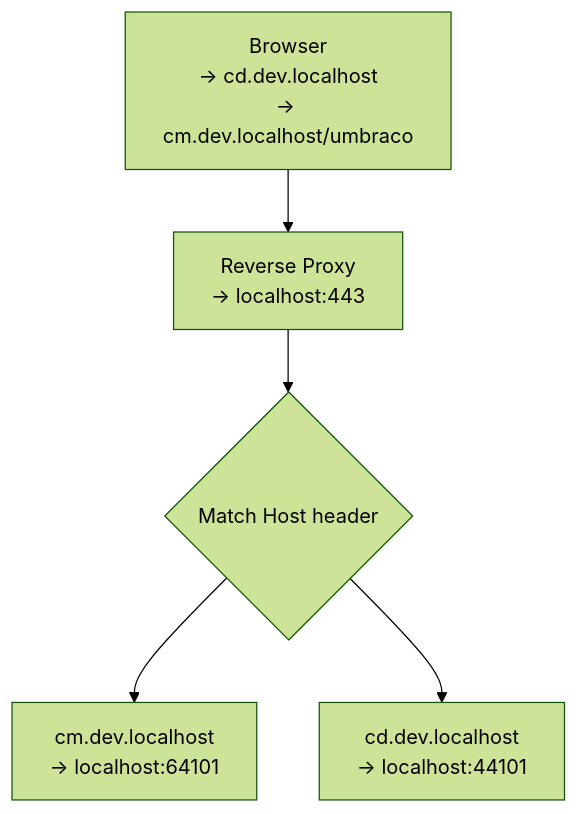
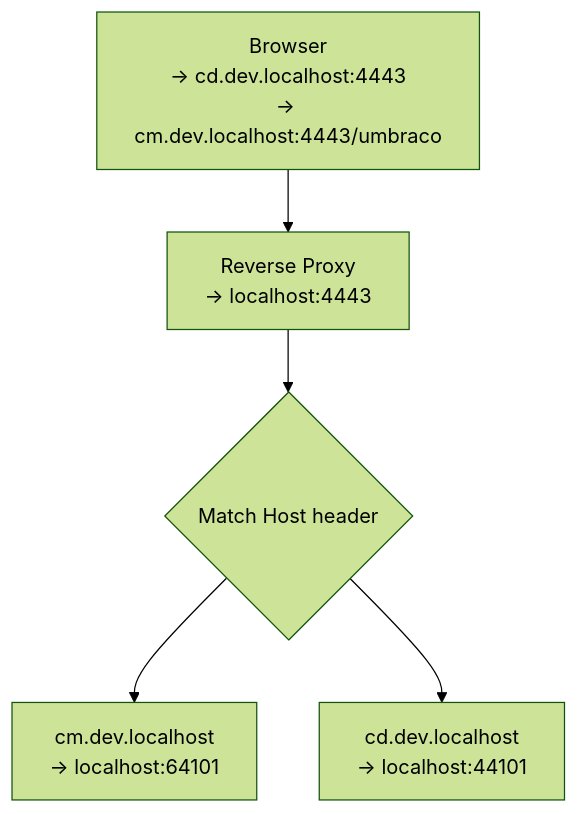
Before and after one commit to hallojoe/defaults-for-umbraco: the diagram in README.md, drawn with Mermaid (forest theme). The commit also changed other lines of this file and 16 other files, not shown here.

````diff
--- a/README.md
+++ b/README.md
@@ -5,15 +5,15 @@
 ```mermaid
 flowchart TD
-    A["Browser<br/>→ cd.dev.localhost<br/>→ cm.dev.localhost/umbraco"]
-    B["Reverse Proxy<br/>→ localhost:443"]
+    A["Browser<br/>→ cd.dev.localhost:4443<br/>→ cm.dev.localhost:4443/umbraco"]
+    B["Reverse Proxy<br/>→ localhost:4443"]
 
     C{"Match Host header"}
 
     D["cm.dev.localhost<br/>→ localhost:64101"]
     E["cd.dev.localhost<br/>→ localhost:44101"]
    
     A --> B
     B --> C
     C --> D
     C --> E
 ```
````
